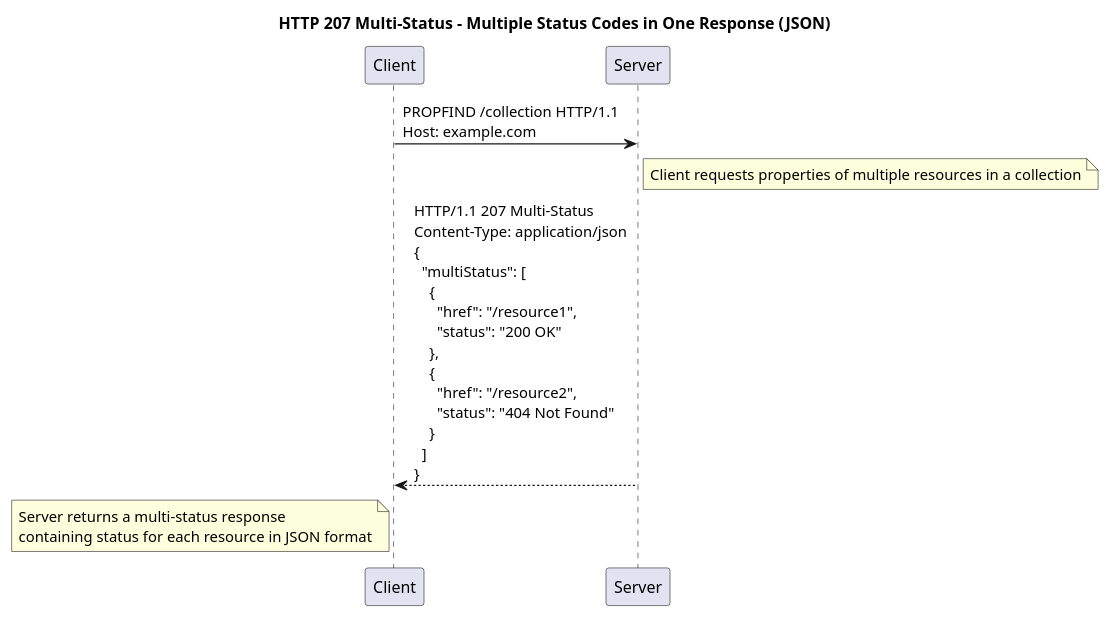
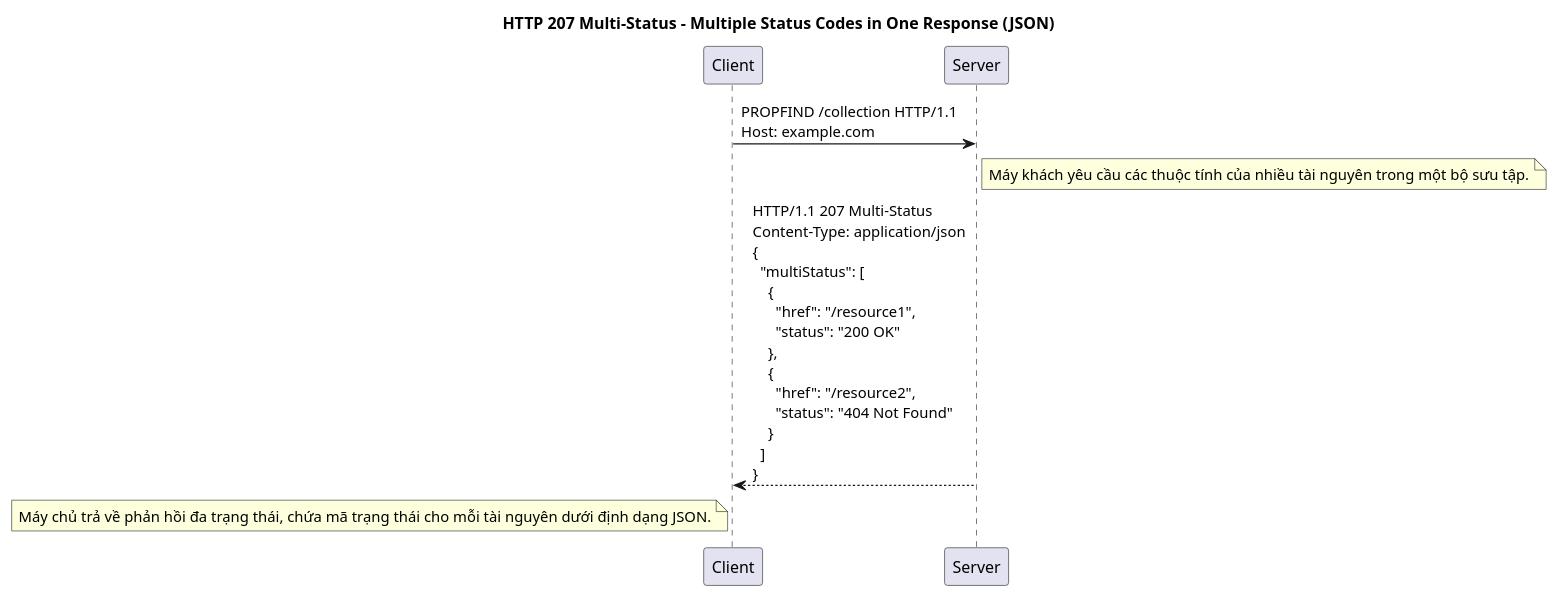
One commit to thanhlv-com/thanhlv-blog changed the tenth of 26 diagrams in packages/apps/src/blog/2024-12-05-y-nghia-cua-cac-http-status-code.md. Above: the diagram before and after it, drawn with PlantUML. The commit also changed other lines of this file and 3 other files, not shown here.

````diff
--- a/packages/apps/src/blog/2024-12-05-y-nghia-cua-cac-http-status-code.md
+++ b/packages/apps/src/blog/2024-12-05-y-nghia-cua-cac-http-status-code.md
@@ -382,16 +380,16 @@
 ```plantuml
 @startuml
 
 title HTTP 207 Multi-Status - Multiple Status Codes in One Response (JSON)
 
 participant "Client" as C
 participant "Server" as S
 
 C -> S: PROPFIND /collection HTTP/1.1\nHost: example.com
-note right of S: Client requests properties of multiple resources in a collection
+note right of S: Máy khách yêu cầu các thuộc tính của nhiều tài nguyên trong một bộ sưu tập. 
 
 S --> C: HTTP/1.1 207 Multi-Status\nContent-Type: application/json\n{\n  "multiStatus": [\n    {\n      "href": "/resource1",\n      "status": "200 OK"\n    },\n    {\n      "href": "/resource2",\n      "status": "404 Not Found"\n    }\n  ]\n}
-note left of C: Server returns a multi-status response\ncontaining status for each resource in JSON format
+note left of C: Máy chủ trả về phản hồi đa trạng thái, chứa mã trạng thái cho mỗi tài nguyên dưới định dạng JSON.
+@enduml
 
-@enduml
 ```
````
